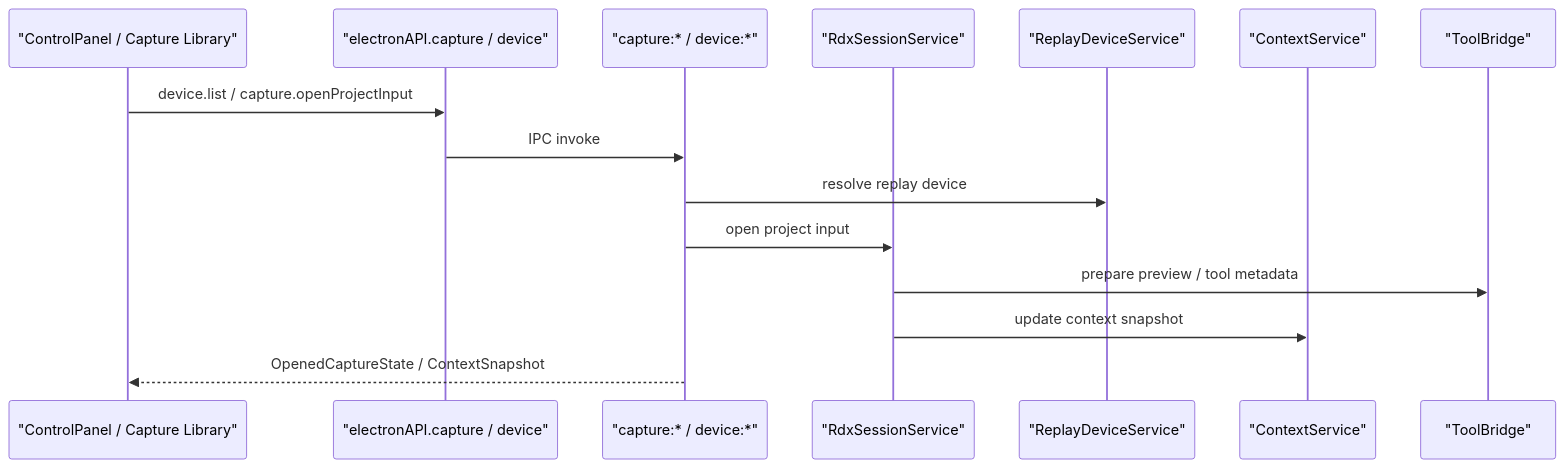
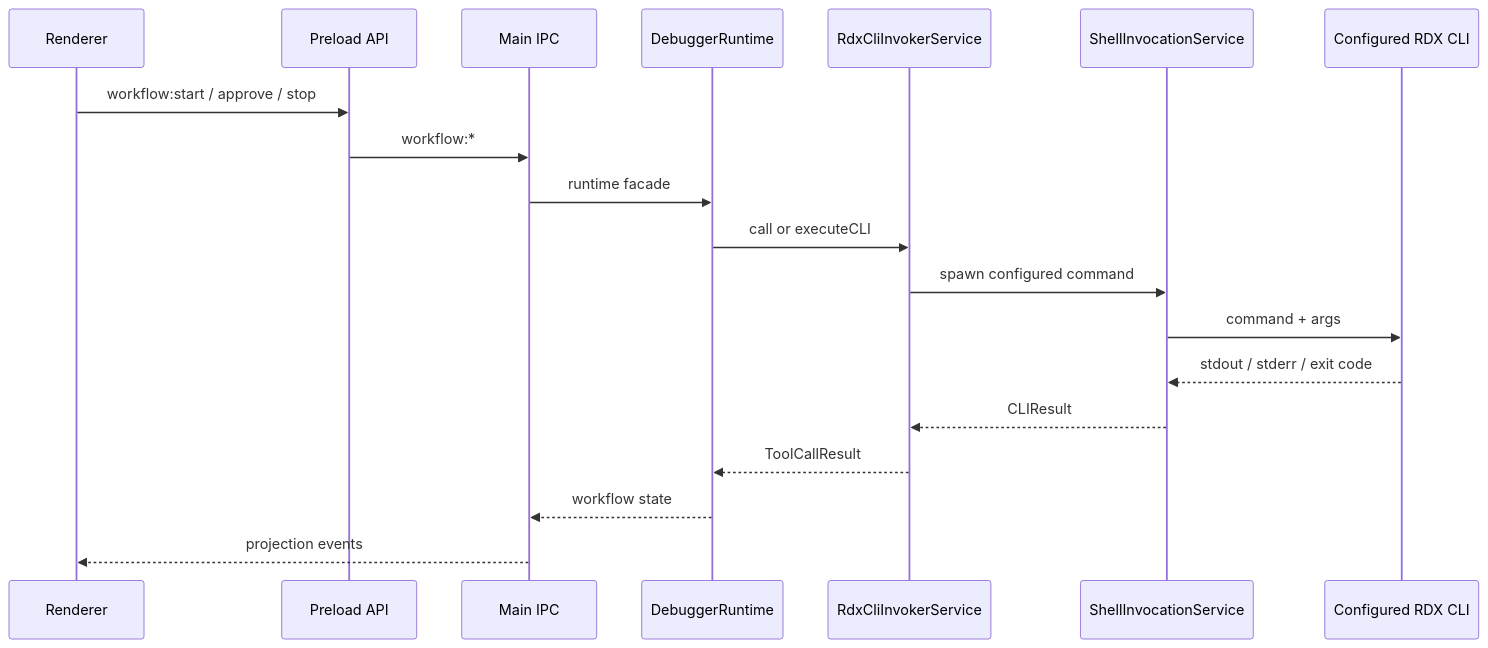
Before and after one commit to haolange/RDC-Agent: the first of 2 diagrams in docs/architecture/data-flow.md, drawn with Mermaid. The commit also changed other lines of this file and 139 other files, not shown here.

First line of the commit message:
收敛 Provider Runtime、RDX CLI Invoker 与产品级验收链路

````diff
--- a/docs/architecture/data-flow.md
+++ b/docs/architecture/data-flow.md
@@ -34,18 +7,22 @@
 ```mermaid
 sequenceDiagram
-  participant UI as "ControlPanel / Capture Library"
-  participant API as "electronAPI.capture / device"
-  participant IPC as "capture:* / device:*"
-  participant Session as "RdxSessionService"
-  participant Device as "ReplayDeviceService"
-  participant Context as "ContextService"
-  participant Tool as "ToolBridge"
+  participant UI as Renderer
+  participant API as Preload API
+  participant IPC as Main IPC
+  participant WF as DebuggerRuntime
+  participant Invoker as RdxCliInvokerService
+  participant Shell as ShellInvocationService
+  participant CLI as Configured RDX CLI
 
-  UI->>API: device.list / capture.openProjectInput
-  API->>IPC: IPC invoke
-  IPC->>Device: resolve replay device
-  IPC->>Session: open project input
-  Session->>Tool: prepare preview / tool metadata
-  Session->>Context: update context snapshot
-  IPC-->>UI: OpenedCaptureState / ContextSnapshot
+  UI->>API: workflow:start / approve / stop
+  API->>IPC: workflow:*
+  IPC->>WF: runtime facade
+  WF->>Invoker: call or executeCLI
+  Invoker->>Shell: spawn configured command
+  Shell->>CLI: command + args
+  CLI-->>Shell: stdout / stderr / exit code
+  Shell-->>Invoker: CLIResult
+  Invoker-->>WF: ToolCallResult
+  WF-->>IPC: workflow state
+  IPC-->>UI: projection events
 ```
````
